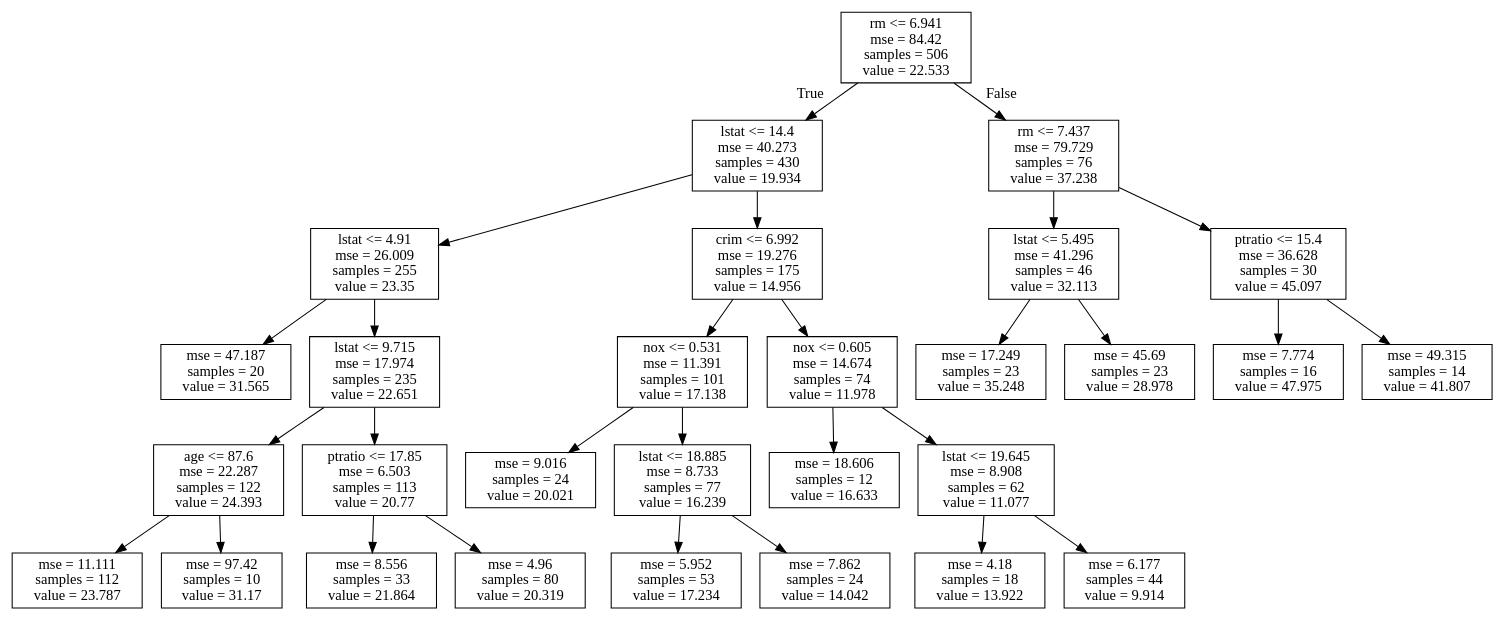
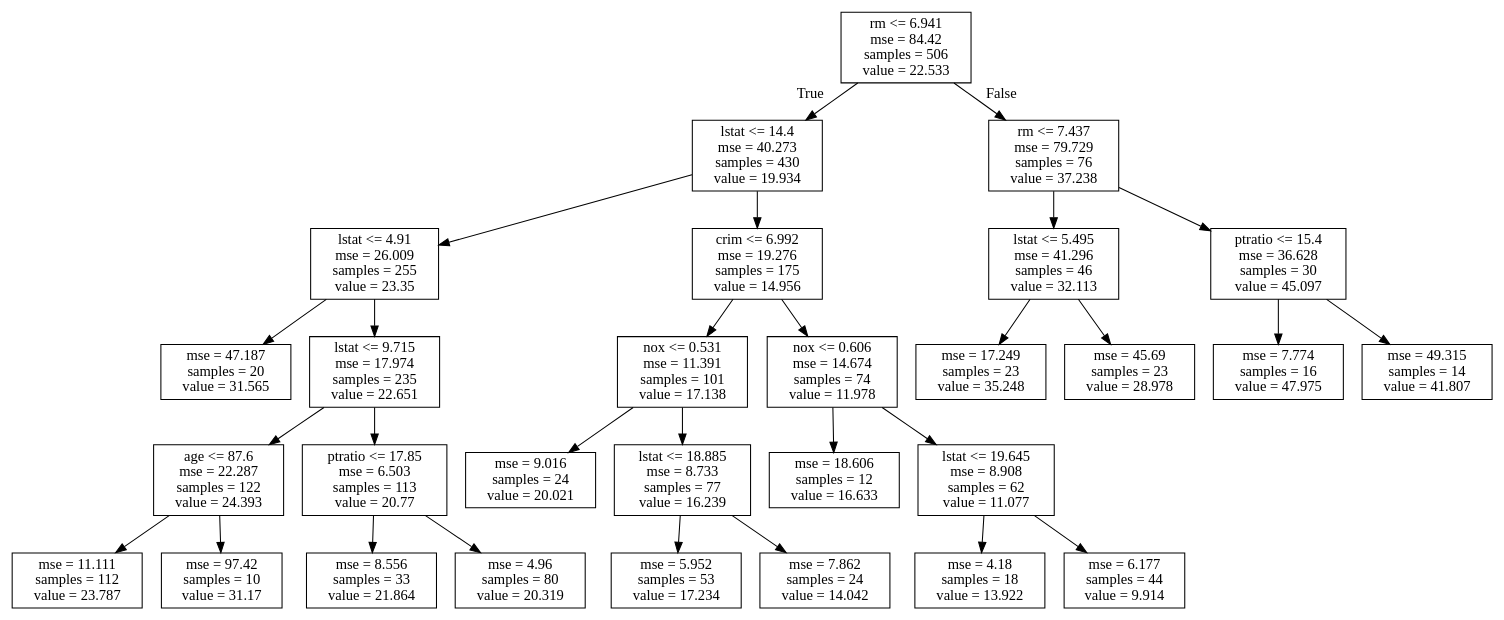
The diagram in notebooks/resources/boston_rtree.dot (joanby/python-ml-course), drawn with Graphviz before and after one commit. The commit also changed 43 other files, not shown here.

```diff
--- a/notebooks/resources/boston_rtree.dot
+++ b/notebooks/resources/boston_rtree.dot
@@ -1,60 +1,60 @@
 digraph Tree {
 node [shape=box] ;
 0 [label="rm <= 6.941\nmse = 84.42\nsamples = 506\nvalue = 22.533"] ;
 1 [label="lstat <= 14.4\nmse = 40.273\nsamples = 430\nvalue = 19.934"] ;
 0 -> 1 [labeldistance=2.5, labelangle=45, headlabel="True"] ;
 2 [label="lstat <= 4.91\nmse = 26.009\nsamples = 255\nvalue = 23.35"] ;
 1 -> 2 ;
 3 [label="mse = 47.187\nsamples = 20\nvalue = 31.565"] ;
 2 -> 3 ;
 4 [label="lstat <= 9.715\nmse = 17.974\nsamples = 235\nvalue = 22.651"] ;
 2 -> 4 ;
 5 [label="age <= 87.6\nmse = 22.287\nsamples = 122\nvalue = 24.393"] ;
 4 -> 5 ;
 6 [label="mse = 11.111\nsamples = 112\nvalue = 23.787"] ;
 5 -> 6 ;
 7 [label="mse = 97.42\nsamples = 10\nvalue = 31.17"] ;
 5 -> 7 ;
 8 [label="ptratio <= 17.85\nmse = 6.503\nsamples = 113\nvalue = 20.77"] ;
 4 -> 8 ;
 9 [label="mse = 8.556\nsamples = 33\nvalue = 21.864"] ;
 8 -> 9 ;
 10 [label="mse = 4.96\nsamples = 80\nvalue = 20.319"] ;
 8 -> 10 ;
 11 [label="crim <= 6.992\nmse = 19.276\nsamples = 175\nvalue = 14.956"] ;
 1 -> 11 ;
 12 [label="nox <= 0.531\nmse = 11.391\nsamples = 101\nvalue = 17.138"] ;
 11 -> 12 ;
 13 [label="mse = 9.016\nsamples = 24\nvalue = 20.021"] ;
 12 -> 13 ;
 14 [label="lstat <= 18.885\nmse = 8.733\nsamples = 77\nvalue = 16.239"] ;
 12 -> 14 ;
 15 [label="mse = 5.952\nsamples = 53\nvalue = 17.234"] ;
 14 -> 15 ;
 16 [label="mse = 7.862\nsamples = 24\nvalue = 14.042"] ;
 14 -> 16 ;
-17 [label="nox <= 0.605\nmse = 14.674\nsamples = 74\nvalue = 11.978"] ;
+17 [label="nox <= 0.606\nmse = 14.674\nsamples = 74\nvalue = 11.978"] ;
 11 -> 17 ;
 18 [label="mse = 18.606\nsamples = 12\nvalue = 16.633"] ;
 17 -> 18 ;
 19 [label="lstat <= 19.645\nmse = 8.908\nsamples = 62\nvalue = 11.077"] ;
 17 -> 19 ;
 20 [label="mse = 4.18\nsamples = 18\nvalue = 13.922"] ;
 19 -> 20 ;
 21 [label="mse = 6.177\nsamples = 44\nvalue = 9.914"] ;
 19 -> 21 ;
 22 [label="rm <= 7.437\nmse = 79.729\nsamples = 76\nvalue = 37.238"] ;
 0 -> 22 [labeldistance=2.5, labelangle=-45, headlabel="False"] ;
 23 [label="lstat <= 5.495\nmse = 41.296\nsamples = 46\nvalue = 32.113"] ;
 22 -> 23 ;
 24 [label="mse = 17.249\nsamples = 23\nvalue = 35.248"] ;
 23 -> 24 ;
 25 [label="mse = 45.69\nsamples = 23\nvalue = 28.978"] ;
 23 -> 25 ;
 26 [label="ptratio <= 15.4\nmse = 36.628\nsamples = 30\nvalue = 45.097"] ;
 22 -> 26 ;
 27 [label="mse = 7.774\nsamples = 16\nvalue = 47.975"] ;
 26 -> 27 ;
 28 [label="mse = 49.315\nsamples = 14\nvalue = 41.807"] ;
 26 -> 28 ;
 }
```
